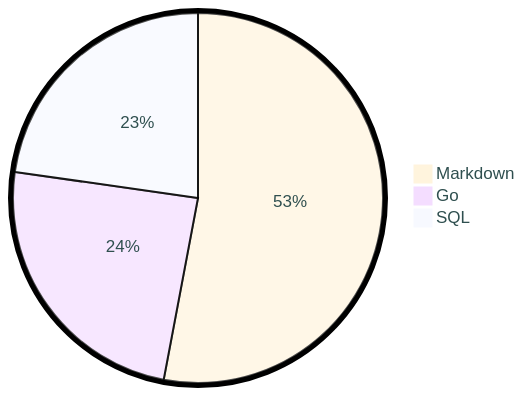
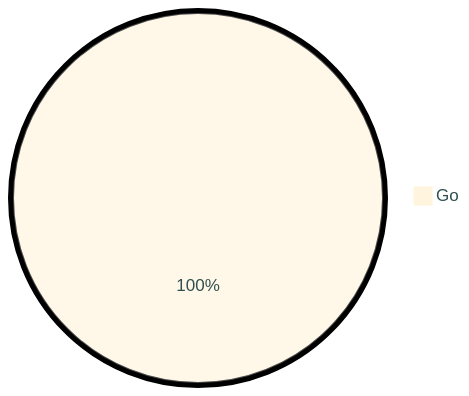
Before and after one commit to tot0p/tot0p: the diagram in README.md, drawn with Mermaid. The commit also changed other lines of this file, not shown here.

````diff
--- a/README.md
+++ b/README.md
@@ -115,7 +113,5 @@
 ```mermaid
 %%{init: {"pie": {"textPosition": 0.5}, "themeVariables": {"pieOuterStrokeWidth": "5px","primaryTextColor" : "#2F4F4F"},"theme":"base"} }%%
 pie
-	"Markdown": 52.97
-	"Go": 24.28
-	"SQL": 22.75
+	"Go": 100.0
 ```
````
